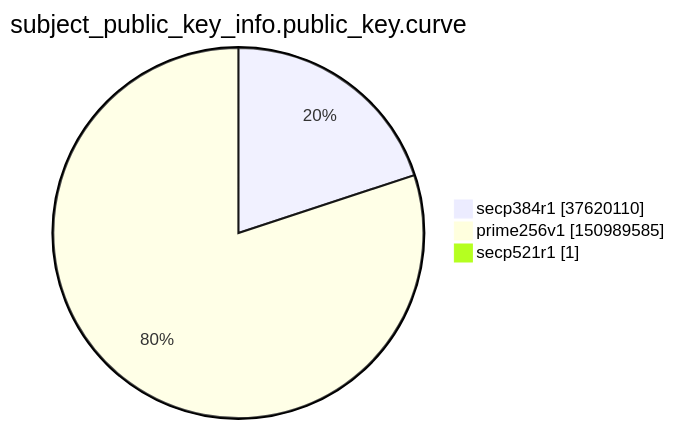
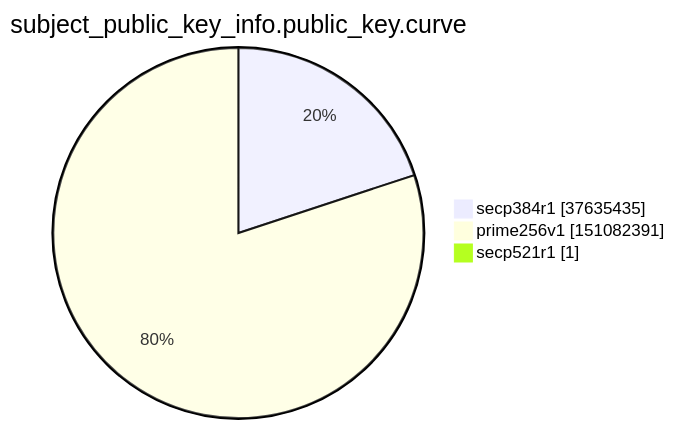
The ninth of 15 diagrams in xenon2022/README.md (christiankrug/ctmonitor_visualization), drawn with Mermaid before and after one commit. The commit also changed other lines of this file, not shown here.

````diff
--- a/xenon2022/README.md
+++ b/xenon2022/README.md
@@ -2859,7 +2859,7 @@
 ```mermaid
 pie showData
 title subject_public_key_info.public_key.curve
-"secp384r1" :37620110
-"prime256v1" :150989585
+"secp384r1" :37635435
+"prime256v1" :151082391
 "secp521r1" :1
 ```
````
